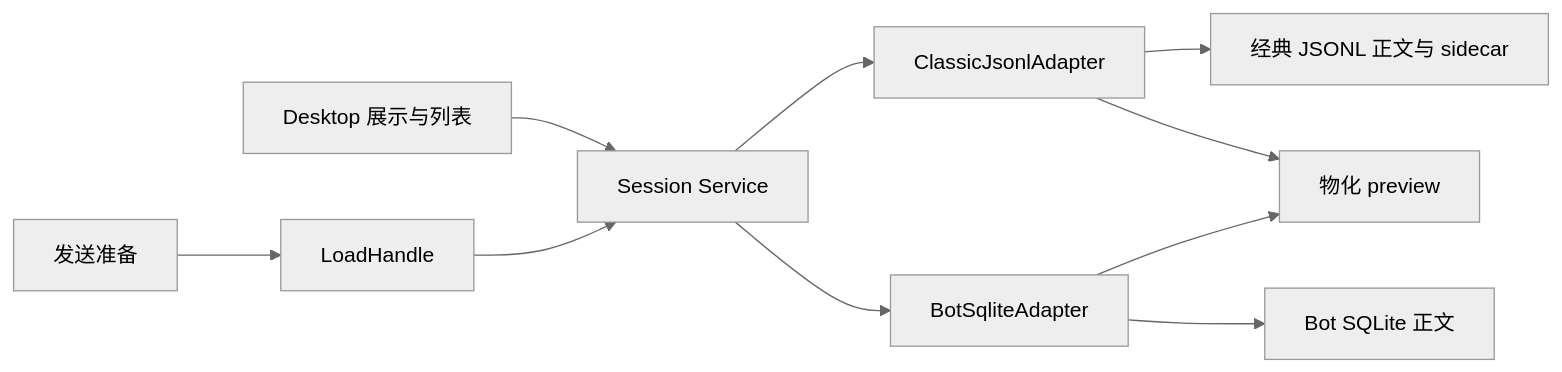
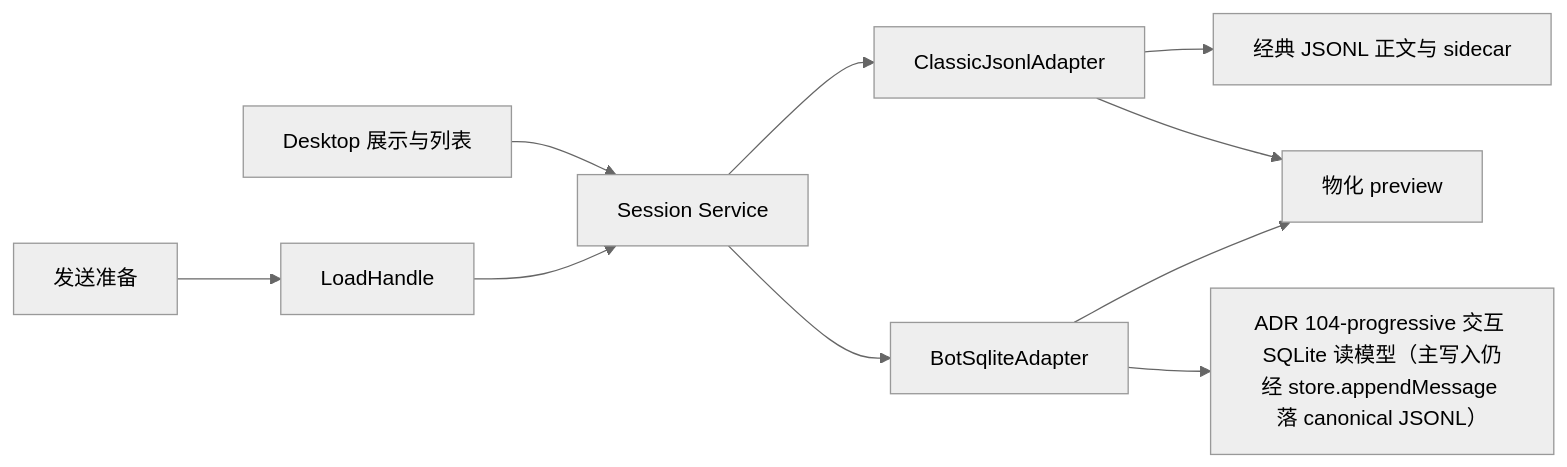
One commit to ly-ccx/Peer-Knowledge changed the diagram in knowledge/decisions/121-desktop-session-windowing-contract.md. Above: the diagram before and after it, drawn with Mermaid (neutral theme). The commit also changed other lines of this file and 89 other files, not shown here.

````diff
--- a/knowledge/decisions/121-desktop-session-windowing-contract.md
+++ b/knowledge/decisions/121-desktop-session-windowing-contract.md
@@ -33,12 +33,12 @@
 ```mermaid
 flowchart LR
   UI[Desktop 展示与列表] --> S[Session Service]
   Send[发送准备] --> H[LoadHandle]
   H --> S
   S --> C[ClassicJsonlAdapter]
   S --> B[BotSqliteAdapter]
   C --> J[经典 JSONL 正文与 sidecar]
-  B --> Q[Bot SQLite 正文]
+  B --> Q["ADR 104-progressive 交互 SQLite 读模型（主写入仍经 store.appendMessage 落 canonical JSONL）"]
   C --> P[物化 preview]
   B --> P
 ```
````
